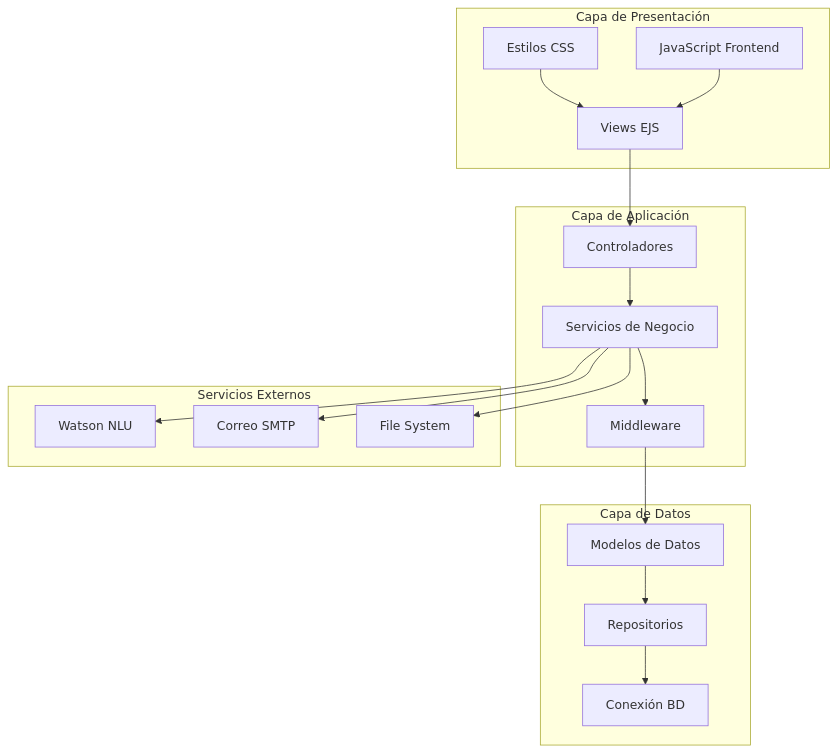
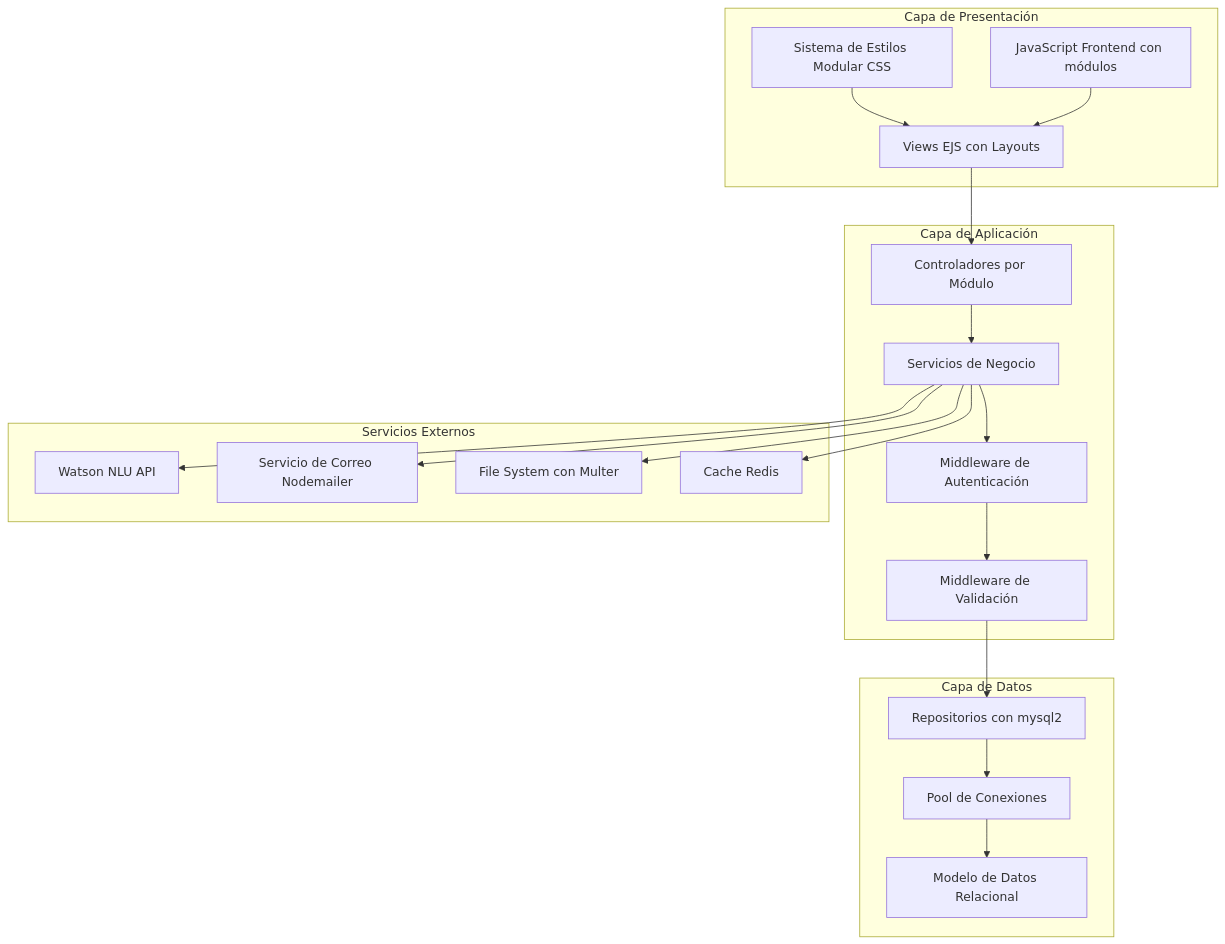
The second of 3 diagrams in docs/DOCUMENTACION_TECNICA_COMPLETA.md (JuanCamiloParejaSanchez/gestion_etapa_productiva), drawn with Mermaid before and after one commit. The commit also changed other lines of this file and 5 other files, not shown here.

````diff
--- a/docs/DOCUMENTACION_TECNICA_COMPLETA.md
+++ b/docs/DOCUMENTACION_TECNICA_COMPLETA.md
@@ -50,38 +96,42 @@
 ```mermaid
 graph TB
     subgraph "Capa de Presentación"
-        A[Views EJS]
-        B[Estilos CSS]
-        C[JavaScript Frontend]
+        A[Views EJS con Layouts]
+        B[Sistema de Estilos Modular CSS]
+        C[JavaScript Frontend con módulos]
     end
 
     subgraph "Capa de Aplicación"
-        D[Controladores]
+        D[Controladores por Módulo]
         E[Servicios de Negocio]
-        F[Middleware]
+        F[Middleware de Autenticación]
+        G[Middleware de Validación]
     end
 
     subgraph "Capa de Datos"
-        G[Modelos de Datos]
-        H[Repositorios]
-        I[Conexión BD]
+        H[Repositorios con mysql2]
+        I[Pool de Conexiones]
+        J[Modelo de Datos Relacional]
     end
 
     subgraph "Servicios Externos"
-        J[Watson NLU]
-        K[Correo SMTP]
-        L[File System]
+        K[Watson NLU API]
+        L[Servicio de Correo Nodemailer]
+        M[File System con Multer]
+        N[Cache Redis]
     end
 
     A --> D
     B --> A
     C --> A
     D --> E
     E --> F
     F --> G
     G --> H
     H --> I
-    E --> J
+    I --> J
     E --> K
     E --> L
+    E --> M
+    E --> N
 ```
````
